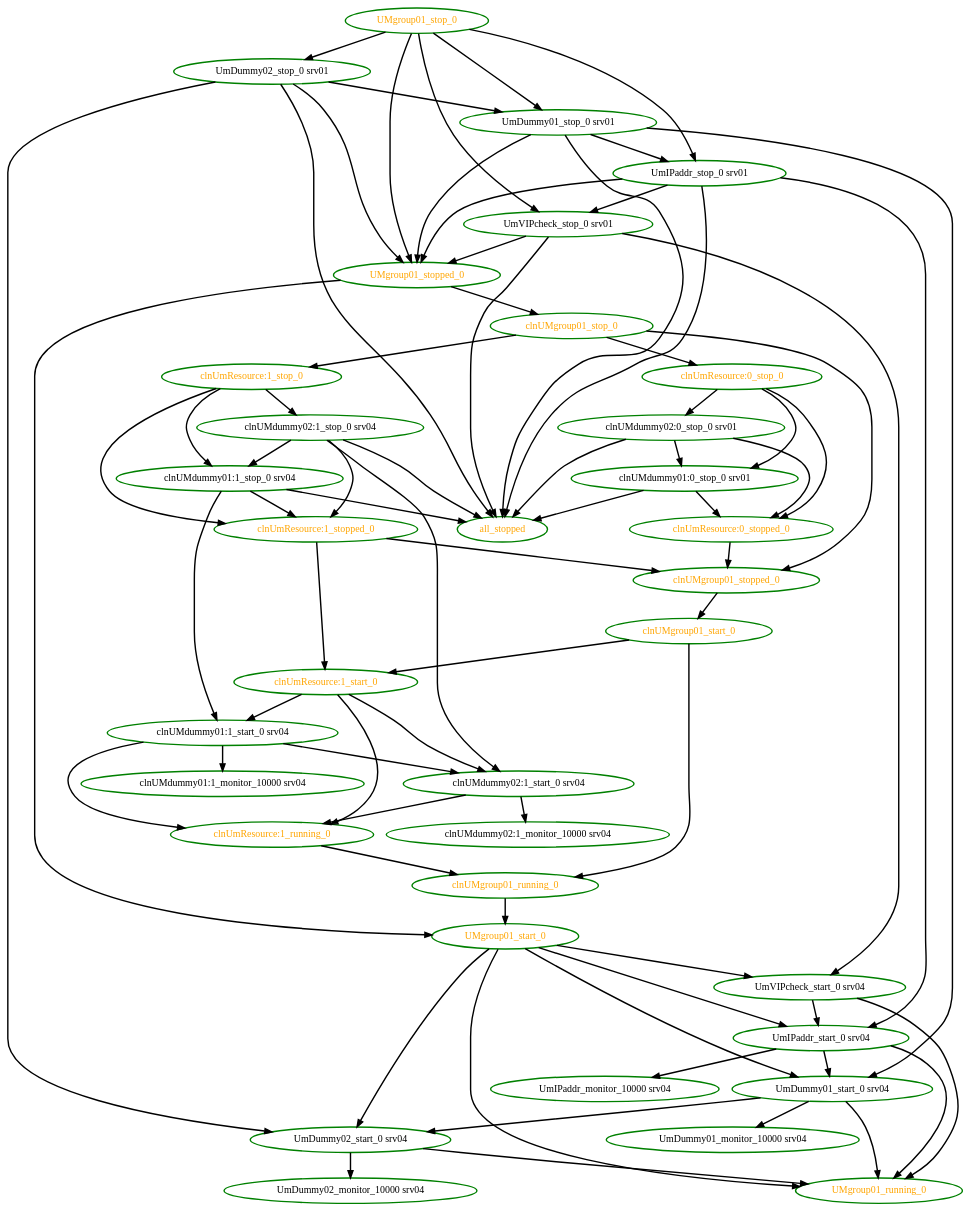
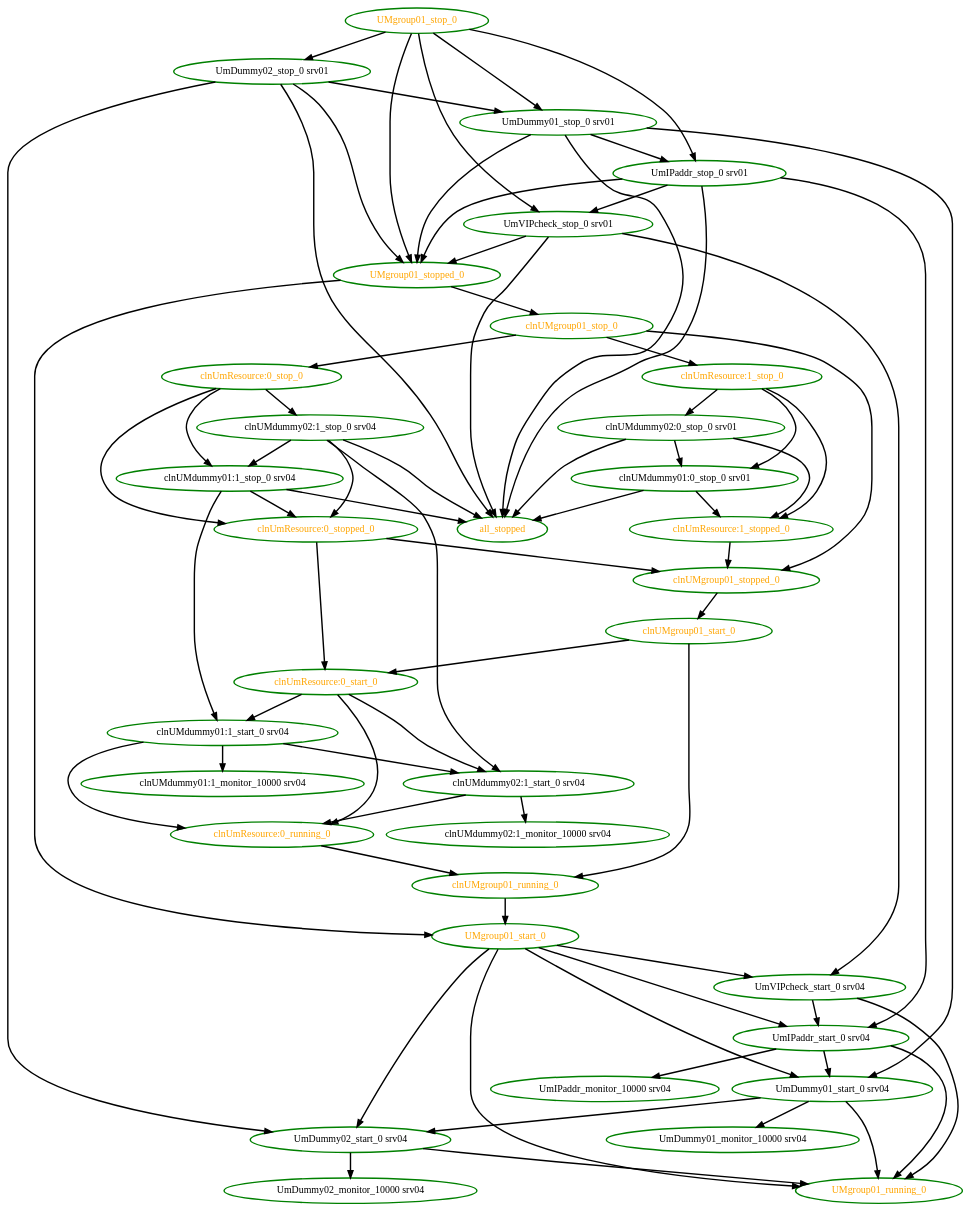
Before and after one commit to ClusterLabs/pacemaker: the diagram in pengine/test10/clone-anon-failcount.dot, drawn with Graphviz. The commit also changed 311 other files, not shown here.

```diff
--- a/pengine/test10/clone-anon-failcount.dot
+++ b/pengine/test10/clone-anon-failcount.dot
@@ -1,110 +1,110 @@
 digraph "g" {
 "UMgroup01_running_0" [ style=bold color="green" fontcolor="orange" ]
 "UMgroup01_start_0" -> "UMgroup01_running_0" [ style = bold]
 "UMgroup01_start_0" -> "UmDummy01_start_0 srv04" [ style = bold]
 "UMgroup01_start_0" -> "UmDummy02_start_0 srv04" [ style = bold]
 "UMgroup01_start_0" -> "UmIPaddr_start_0 srv04" [ style = bold]
 "UMgroup01_start_0" -> "UmVIPcheck_start_0 srv04" [ style = bold]
 "UMgroup01_start_0" [ style=bold color="green" fontcolor="orange" ]
 "UMgroup01_stop_0" -> "UMgroup01_stopped_0" [ style = bold]
 "UMgroup01_stop_0" -> "UmDummy01_stop_0 srv01" [ style = bold]
 "UMgroup01_stop_0" -> "UmDummy02_stop_0 srv01" [ style = bold]
 "UMgroup01_stop_0" -> "UmIPaddr_stop_0 srv01" [ style = bold]
 "UMgroup01_stop_0" -> "UmVIPcheck_stop_0 srv01" [ style = bold]
 "UMgroup01_stop_0" [ style=bold color="green" fontcolor="orange" ]
 "UMgroup01_stopped_0" -> "UMgroup01_start_0" [ style = bold]
 "UMgroup01_stopped_0" -> "clnUMgroup01_stop_0" [ style = bold]
 "UMgroup01_stopped_0" [ style=bold color="green" fontcolor="orange" ]
 "UmDummy01_monitor_10000 srv04" [ style=bold color="green" fontcolor="black" ]
 "UmDummy01_start_0 srv04" -> "UMgroup01_running_0" [ style = bold]
 "UmDummy01_start_0 srv04" -> "UmDummy01_monitor_10000 srv04" [ style = bold]
 "UmDummy01_start_0 srv04" -> "UmDummy02_start_0 srv04" [ style = bold]
 "UmDummy01_start_0 srv04" [ style=bold color="green" fontcolor="black" ]
 "UmDummy01_stop_0 srv01" -> "UMgroup01_stopped_0" [ style = bold]
 "UmDummy01_stop_0 srv01" -> "UmDummy01_start_0 srv04" [ style = bold]
 "UmDummy01_stop_0 srv01" -> "UmIPaddr_stop_0 srv01" [ style = bold]
 "UmDummy01_stop_0 srv01" -> "all_stopped" [ style = bold]
 "UmDummy01_stop_0 srv01" [ style=bold color="green" fontcolor="black" ]
 "UmDummy02_monitor_10000 srv04" [ style=bold color="green" fontcolor="black" ]
 "UmDummy02_start_0 srv04" -> "UMgroup01_running_0" [ style = bold]
 "UmDummy02_start_0 srv04" -> "UmDummy02_monitor_10000 srv04" [ style = bold]
 "UmDummy02_start_0 srv04" [ style=bold color="green" fontcolor="black" ]
 "UmDummy02_stop_0 srv01" -> "UMgroup01_stopped_0" [ style = bold]
 "UmDummy02_stop_0 srv01" -> "UmDummy01_stop_0 srv01" [ style = bold]
 "UmDummy02_stop_0 srv01" -> "UmDummy02_start_0 srv04" [ style = bold]
 "UmDummy02_stop_0 srv01" -> "all_stopped" [ style = bold]
 "UmDummy02_stop_0 srv01" [ style=bold color="green" fontcolor="black" ]
 "UmIPaddr_monitor_10000 srv04" [ style=bold color="green" fontcolor="black" ]
 "UmIPaddr_start_0 srv04" -> "UMgroup01_running_0" [ style = bold]
 "UmIPaddr_start_0 srv04" -> "UmDummy01_start_0 srv04" [ style = bold]
 "UmIPaddr_start_0 srv04" -> "UmIPaddr_monitor_10000 srv04" [ style = bold]
 "UmIPaddr_start_0 srv04" [ style=bold color="green" fontcolor="black" ]
 "UmIPaddr_stop_0 srv01" -> "UMgroup01_stopped_0" [ style = bold]
 "UmIPaddr_stop_0 srv01" -> "UmIPaddr_start_0 srv04" [ style = bold]
 "UmIPaddr_stop_0 srv01" -> "UmVIPcheck_stop_0 srv01" [ style = bold]
 "UmIPaddr_stop_0 srv01" -> "all_stopped" [ style = bold]
 "UmIPaddr_stop_0 srv01" [ style=bold color="green" fontcolor="black" ]
 "UmVIPcheck_start_0 srv04" -> "UMgroup01_running_0" [ style = bold]
 "UmVIPcheck_start_0 srv04" -> "UmIPaddr_start_0 srv04" [ style = bold]
 "UmVIPcheck_start_0 srv04" [ style=bold color="green" fontcolor="black" ]
 "UmVIPcheck_stop_0 srv01" -> "UMgroup01_stopped_0" [ style = bold]
 "UmVIPcheck_stop_0 srv01" -> "UmVIPcheck_start_0 srv04" [ style = bold]
 "UmVIPcheck_stop_0 srv01" -> "all_stopped" [ style = bold]
 "UmVIPcheck_stop_0 srv01" [ style=bold color="green" fontcolor="black" ]
 "all_stopped" [ style=bold color="green" fontcolor="orange" ]
 "clnUMdummy01:0_stop_0 srv01" -> "all_stopped" [ style = bold]
-"clnUMdummy01:0_stop_0 srv01" -> "clnUmResource:0_stopped_0" [ style = bold]
+"clnUMdummy01:0_stop_0 srv01" -> "clnUmResource:1_stopped_0" [ style = bold]
 "clnUMdummy01:0_stop_0 srv01" [ style=bold color="green" fontcolor="black" ]
 "clnUMdummy01:1_monitor_10000 srv04" [ style=bold color="green" fontcolor="black" ]
 "clnUMdummy01:1_start_0 srv04" -> "clnUMdummy01:1_monitor_10000 srv04" [ style = bold]
 "clnUMdummy01:1_start_0 srv04" -> "clnUMdummy02:1_start_0 srv04" [ style = bold]
-"clnUMdummy01:1_start_0 srv04" -> "clnUmResource:1_running_0" [ style = bold]
+"clnUMdummy01:1_start_0 srv04" -> "clnUmResource:0_running_0" [ style = bold]
 "clnUMdummy01:1_start_0 srv04" [ style=bold color="green" fontcolor="black" ]
 "clnUMdummy01:1_stop_0 srv04" -> "all_stopped" [ style = bold]
 "clnUMdummy01:1_stop_0 srv04" -> "clnUMdummy01:1_start_0 srv04" [ style = bold]
-"clnUMdummy01:1_stop_0 srv04" -> "clnUmResource:1_stopped_0" [ style = bold]
+"clnUMdummy01:1_stop_0 srv04" -> "clnUmResource:0_stopped_0" [ style = bold]
 "clnUMdummy01:1_stop_0 srv04" [ style=bold color="green" fontcolor="black" ]
 "clnUMdummy02:0_stop_0 srv01" -> "all_stopped" [ style = bold]
 "clnUMdummy02:0_stop_0 srv01" -> "clnUMdummy01:0_stop_0 srv01" [ style = bold]
-"clnUMdummy02:0_stop_0 srv01" -> "clnUmResource:0_stopped_0" [ style = bold]
+"clnUMdummy02:0_stop_0 srv01" -> "clnUmResource:1_stopped_0" [ style = bold]
 "clnUMdummy02:0_stop_0 srv01" [ style=bold color="green" fontcolor="black" ]
 "clnUMdummy02:1_monitor_10000 srv04" [ style=bold color="green" fontcolor="black" ]
 "clnUMdummy02:1_start_0 srv04" -> "clnUMdummy02:1_monitor_10000 srv04" [ style = bold]
-"clnUMdummy02:1_start_0 srv04" -> "clnUmResource:1_running_0" [ style = bold]
+"clnUMdummy02:1_start_0 srv04" -> "clnUmResource:0_running_0" [ style = bold]
 "clnUMdummy02:1_start_0 srv04" [ style=bold color="green" fontcolor="black" ]
 "clnUMdummy02:1_stop_0 srv04" -> "all_stopped" [ style = bold]
 "clnUMdummy02:1_stop_0 srv04" -> "clnUMdummy01:1_stop_0 srv04" [ style = bold]
 "clnUMdummy02:1_stop_0 srv04" -> "clnUMdummy02:1_start_0 srv04" [ style = bold]
-"clnUMdummy02:1_stop_0 srv04" -> "clnUmResource:1_stopped_0" [ style = bold]
+"clnUMdummy02:1_stop_0 srv04" -> "clnUmResource:0_stopped_0" [ style = bold]
 "clnUMdummy02:1_stop_0 srv04" [ style=bold color="green" fontcolor="black" ]
 "clnUMgroup01_running_0" -> "UMgroup01_start_0" [ style = bold]
 "clnUMgroup01_running_0" [ style=bold color="green" fontcolor="orange" ]
 "clnUMgroup01_start_0" -> "clnUMgroup01_running_0" [ style = bold]
-"clnUMgroup01_start_0" -> "clnUmResource:1_start_0" [ style = bold]
+"clnUMgroup01_start_0" -> "clnUmResource:0_start_0" [ style = bold]
 "clnUMgroup01_start_0" [ style=bold color="green" fontcolor="orange" ]
 "clnUMgroup01_stop_0" -> "clnUMgroup01_stopped_0" [ style = bold]
 "clnUMgroup01_stop_0" -> "clnUmResource:0_stop_0" [ style = bold]
 "clnUMgroup01_stop_0" -> "clnUmResource:1_stop_0" [ style = bold]
 "clnUMgroup01_stop_0" [ style=bold color="green" fontcolor="orange" ]
 "clnUMgroup01_stopped_0" -> "clnUMgroup01_start_0" [ style = bold]
 "clnUMgroup01_stopped_0" [ style=bold color="green" fontcolor="orange" ]
-"clnUmResource:0_stop_0" -> "clnUMdummy01:0_stop_0 srv01" [ style = bold]
-"clnUmResource:0_stop_0" -> "clnUMdummy02:0_stop_0 srv01" [ style = bold]
+"clnUmResource:0_running_0" -> "clnUMgroup01_running_0" [ style = bold]
+"clnUmResource:0_running_0" [ style=bold color="green" fontcolor="orange"]
+"clnUmResource:0_start_0" -> "clnUMdummy01:1_start_0 srv04" [ style = bold]
+"clnUmResource:0_start_0" -> "clnUMdummy02:1_start_0 srv04" [ style = bold]
+"clnUmResource:0_start_0" -> "clnUmResource:0_running_0" [ style = bold]
+"clnUmResource:0_start_0" [ style=bold color="green" fontcolor="orange"]
+"clnUmResource:0_stop_0" -> "clnUMdummy01:1_stop_0 srv04" [ style = bold]
+"clnUmResource:0_stop_0" -> "clnUMdummy02:1_stop_0 srv04" [ style = bold]
 "clnUmResource:0_stop_0" -> "clnUmResource:0_stopped_0" [ style = bold]
 "clnUmResource:0_stop_0" [ style=bold color="green" fontcolor="orange" ]
 "clnUmResource:0_stopped_0" -> "clnUMgroup01_stopped_0" [ style = bold]
+"clnUmResource:0_stopped_0" -> "clnUmResource:0_start_0" [ style = bold]
 "clnUmResource:0_stopped_0" [ style=bold color="green" fontcolor="orange" ]
-"clnUmResource:1_running_0" -> "clnUMgroup01_running_0" [ style = bold]
-"clnUmResource:1_running_0" [ style=bold color="green" fontcolor="orange" ]
-"clnUmResource:1_start_0" -> "clnUMdummy01:1_start_0 srv04" [ style = bold]
-"clnUmResource:1_start_0" -> "clnUMdummy02:1_start_0 srv04" [ style = bold]
-"clnUmResource:1_start_0" -> "clnUmResource:1_running_0" [ style = bold]
-"clnUmResource:1_start_0" [ style=bold color="green" fontcolor="orange" ]
-"clnUmResource:1_stop_0" -> "clnUMdummy01:1_stop_0 srv04" [ style = bold]
-"clnUmResource:1_stop_0" -> "clnUMdummy02:1_stop_0 srv04" [ style = bold]
+"clnUmResource:1_stop_0" -> "clnUMdummy01:0_stop_0 srv01" [ style = bold]
+"clnUmResource:1_stop_0" -> "clnUMdummy02:0_stop_0 srv01" [ style = bold]
 "clnUmResource:1_stop_0" -> "clnUmResource:1_stopped_0" [ style = bold]
 "clnUmResource:1_stop_0" [ style=bold color="green" fontcolor="orange" ]
 "clnUmResource:1_stopped_0" -> "clnUMgroup01_stopped_0" [ style = bold]
-"clnUmResource:1_stopped_0" -> "clnUmResource:1_start_0" [ style = bold]
 "clnUmResource:1_stopped_0" [ style=bold color="green" fontcolor="orange" ]
 }
```
